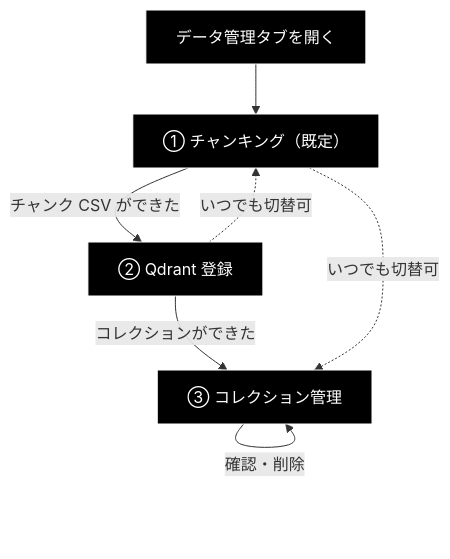
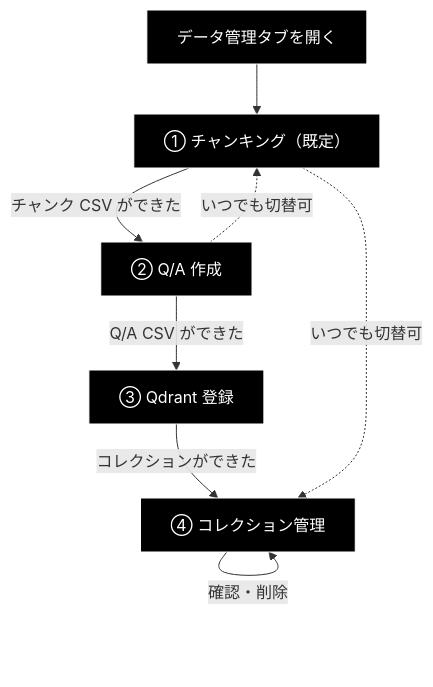
Before and after one commit to nakashima2toshio/grace_v2_local: the third of 3 diagrams in frontend/docs/DataPanel.md, drawn with Mermaid. The commit also changed other lines of this file and 22 other files, not shown here.

````diff
--- a/frontend/docs/DataPanel.md
+++ b/frontend/docs/DataPanel.md
@@ -194,11 +207,12 @@
 ```mermaid
 flowchart TB
     Open["データ管理タブを開く"] --> C1["① チャンキング（既定）"]
-    C1 -->|"チャンク CSV ができた"| C2["② Qdrant 登録"]
-    C2 -->|"コレクションができた"| C3["③ コレクション管理"]
-    C3 -->|"確認・削除"| C3
-    C1 -.->|"いつでも切替可"| C3
+    C1 -->|"チャンク CSV ができた"| C2["② Q/A 作成"]
+    C2 -->|"Q/A CSV ができた"| C3["③ Qdrant 登録"]
+    C3 -->|"コレクションができた"| C4["④ コレクション管理"]
+    C4 -->|"確認・削除"| C4
+    C1 -.->|"いつでも切替可"| C4
     C2 -.->|"いつでも切替可"| C1
 classDef default fill:#000,stroke:#fff,color:#fff
-class Open,C1,C2,C3 default
+class Open,C1,C2,C3,C4 default
 ```
````
